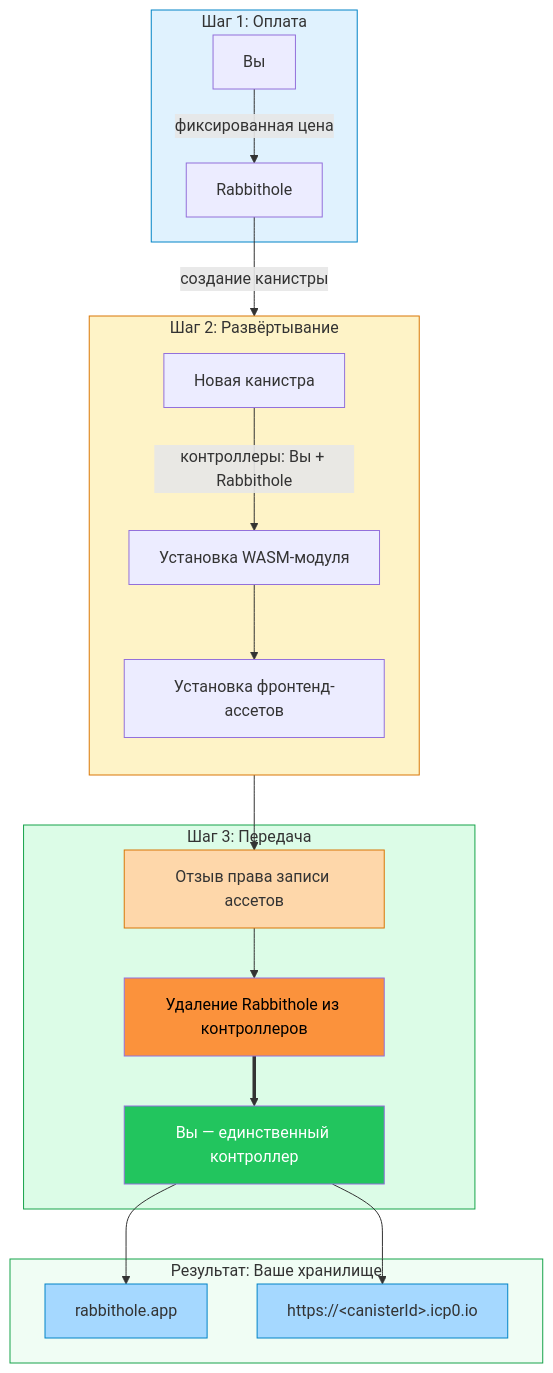
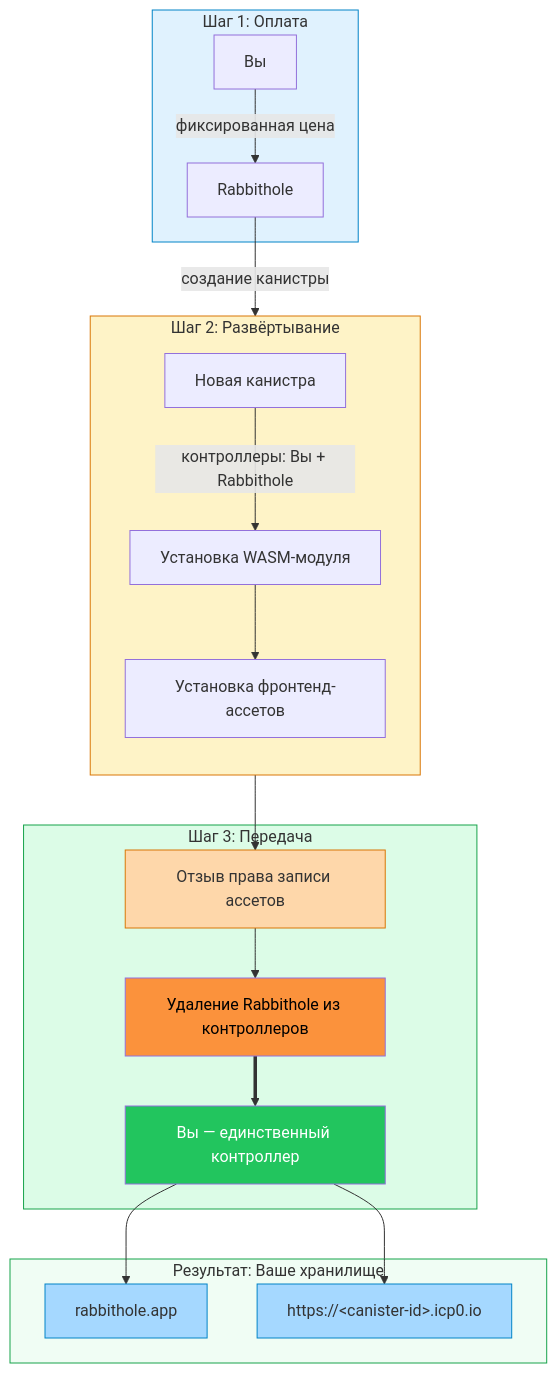
Before and after one commit to rabbithole-app/v2: the first of 3 diagrams in apps/docs/src/ru/how-it-works/sovereignty.md, drawn with Mermaid. The commit also changed other lines of this file and 36 other files, not shown here.

````diff
--- a/apps/docs/src/ru/how-it-works/sovereignty.md
+++ b/apps/docs/src/ru/how-it-works/sovereignty.md
@@ -26,30 +83,30 @@
 ```mermaid
 flowchart TB
     subgraph S1["Шаг 1: Оплата"]
         U1[Вы] -->|фиксированная цена| PAY[Rabbithole]
     end
     subgraph S2["Шаг 2: Развёртывание"]
         direction TB
         PAY -->|создание канистры| CAN[Новая канистра]
         CAN -->|контроллеры: Вы + Rabbithole| W[Установка WASM-модуля]
         W --> FE[Установка фронтенд-ассетов]
     end
     subgraph S3["Шаг 3: Передача"]
         FE --> RV[Отзыв права записи ассетов]
         RV --> RM[Удаление Rabbithole из контроллеров]
         RM ==> OWN[Вы — единственный контроллер]
     end
     subgraph S4["Результат: Ваше хранилище"]
         OWN --> A1[rabbithole.app]
-        OWN --> A2["https://&lt;canisterId&gt;.icp0.io"]
+        OWN --> A2["https://&lt;canister-id&gt;.icp0.io"]
     end
     style S1 fill:#e0f2fe,stroke:#0284c7
     style S2 fill:#fef3c7,stroke:#d97706
     style S3 fill:#dcfce7,stroke:#16a34a
     style S4 fill:#f0fdf4,stroke:#16a34a
     style OWN fill:#22c55e,color:#fff
     style RM fill:#fb923c,color:#000
     style RV fill:#fed7aa,stroke:#d97706
     style A1 fill:#a5d8ff,stroke:#0284c7
     style A2 fill:#a5d8ff,stroke:#0284c7
 ```
````
